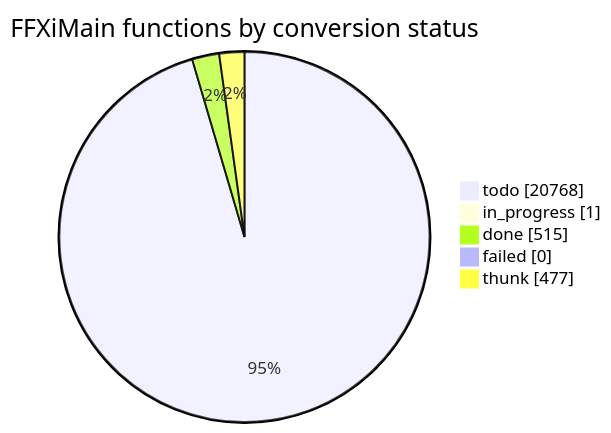
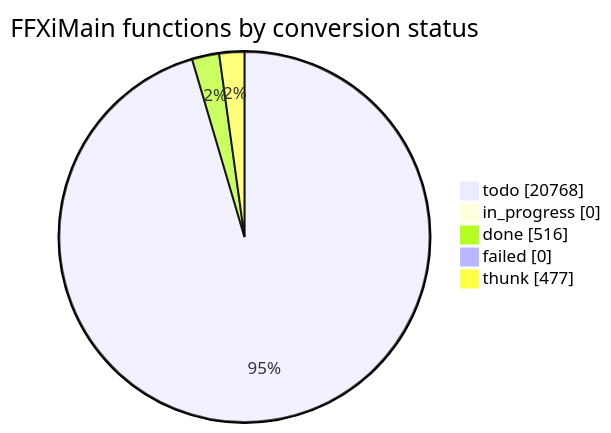
One commit to cowrevenge/cow_kuluu_xi_anything changed the diagram in docs/cow/STATUS.md. Above: the diagram before and after it, drawn with Mermaid. The commit also changed other lines of this file and 9 other files, not shown here.

````diff
--- a/docs/cow/STATUS.md
+++ b/docs/cow/STATUS.md
@@ -18,9 +18,9 @@
 ```mermaid
 pie showData
     title FFXiMain functions by conversion status
     "todo" : 20768
-    "in_progress" : 1
-    "done" : 515
+    "in_progress" : 0
+    "done" : 516
     "failed" : 0
     "thunk" : 477
 ```
````
